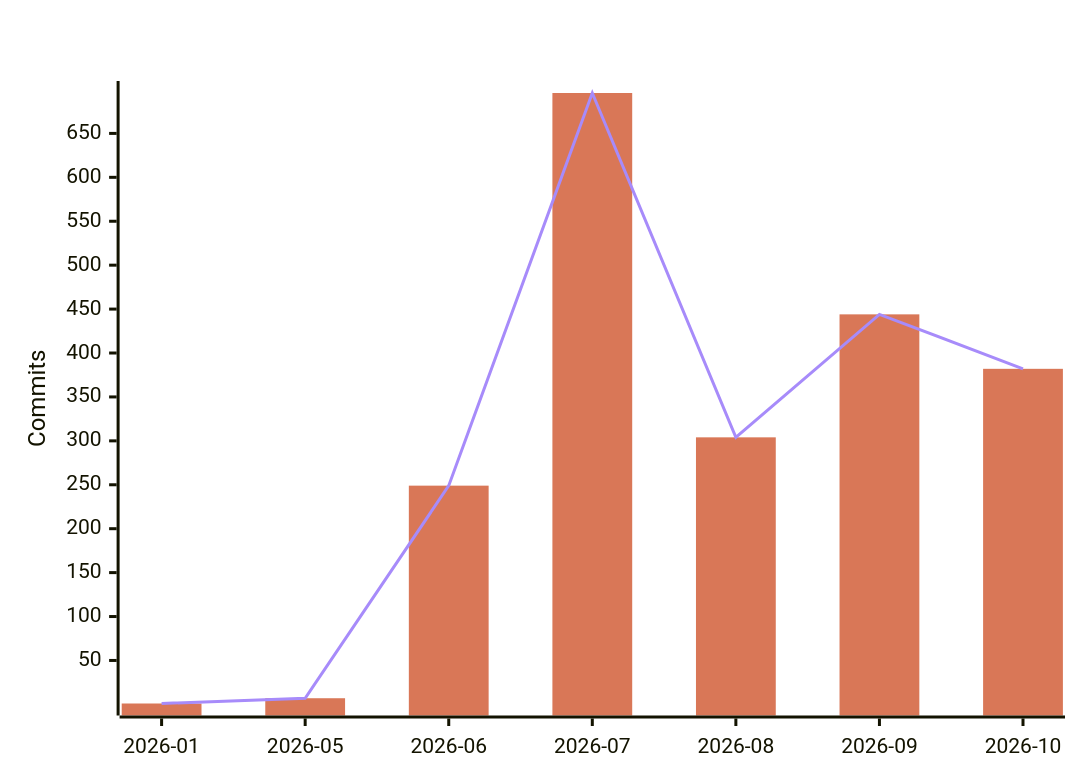
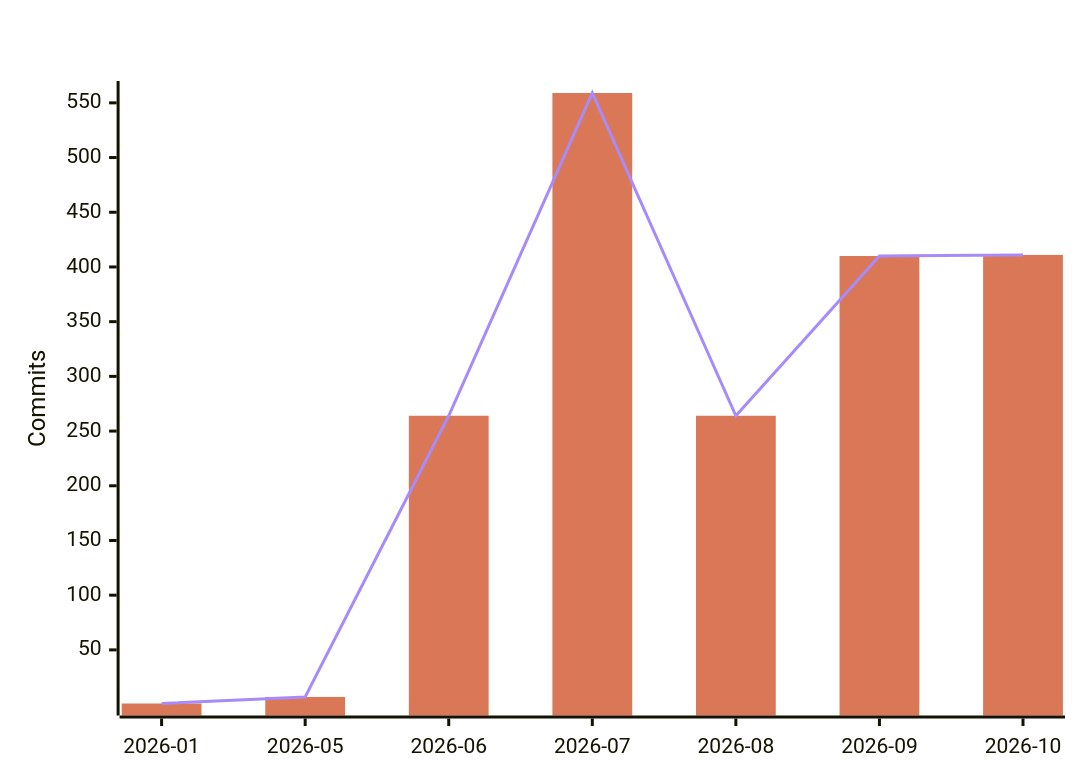
The fourth of 7 diagrams in README.md (polo-nyan/polo-nyan), drawn with Mermaid before and after one commit. The commit also changed other lines of this file and 1 other file, not shown here.

````diff
--- a/README.md
+++ b/README.md
@@ -294,9 +294,9 @@
 ```mermaid
 %%{init: {"xyChart": {"titleColor": "#ffffff", "xAxisLabelColor": "#ffffff", "yAxisLabelColor": "#ffffff"}, "themeVariables": {"xyChart": {"titleColor": "#ffffff", "plotColorPalette": "#d97757, #a78bfa"}}}}%%
 xychart-beta
     title "AI-Assisted Commits Per Month"
     x-axis ["2026-01", "2026-05", "2026-06", "2026-07", "2026-08", "2026-09", "2026-10"]
     y-axis "Commits"
-    bar [1, 7, 249, 696, 304, 444, 382]
-    line [1, 7, 249, 696, 304, 444, 382]
+    bar [1, 7, 264, 559, 264, 410, 411]
+    line [1, 7, 264, 559, 264, 410, 411]
 ```
````
